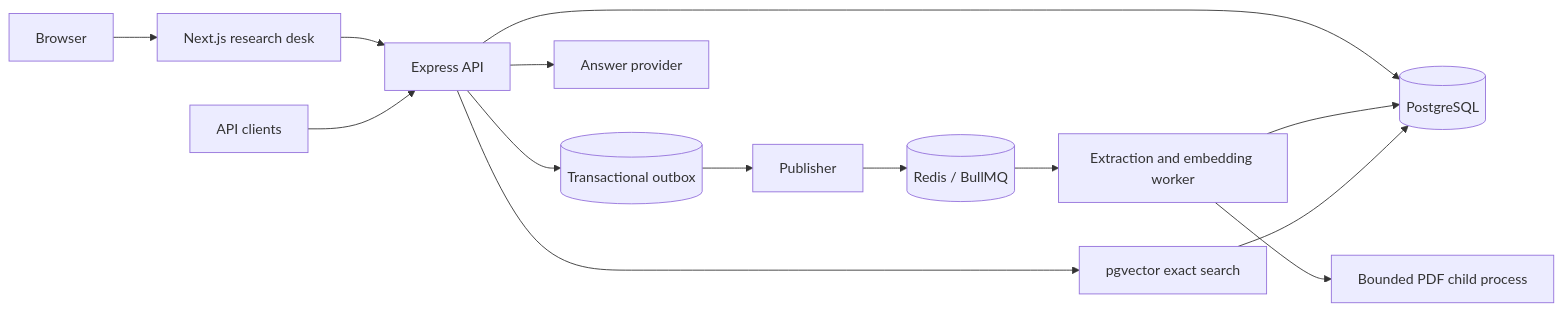
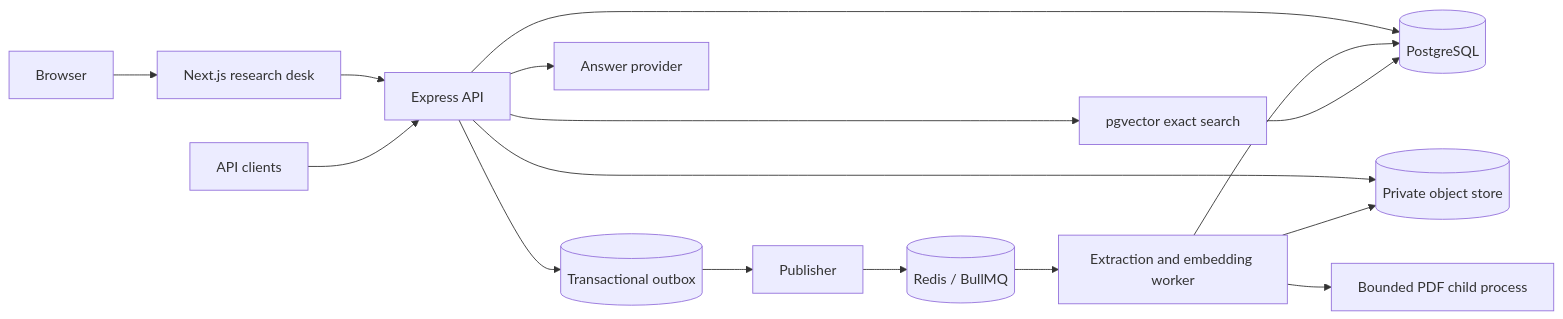
The diagram in README.md (sachanritik1/sourcebook), drawn with Mermaid before and after one commit. The commit also changed other lines of this file and 18 other files, not shown here.

````diff
--- a/README.md
+++ b/README.md
@@ -81,16 +83,18 @@
 ```mermaid
 flowchart LR
   Browser --> Web[Next.js research desk]
   Web --> API[Express API]
   CLI[API clients] --> API
   API --> PG[(PostgreSQL)]
+  API --> S3[(Private object store)]
   API --> Outbox[(Transactional outbox)]
   Outbox --> Publisher
   Publisher --> Redis[(Redis / BullMQ)]
   Redis --> Worker[Extraction and embedding worker]
   Worker --> PDF[Bounded PDF child process]
   Worker --> PG
+  Worker --> S3
   API --> Vector[pgvector exact search]
   Vector --> PG
   API --> LLM[Answer provider]
 ```
````
